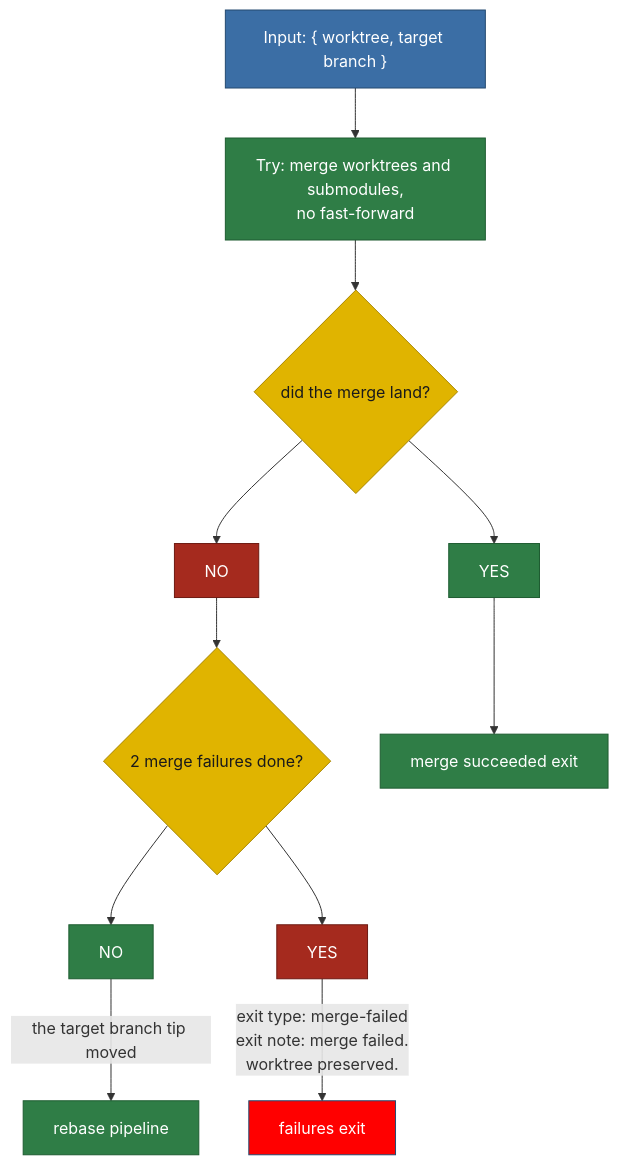
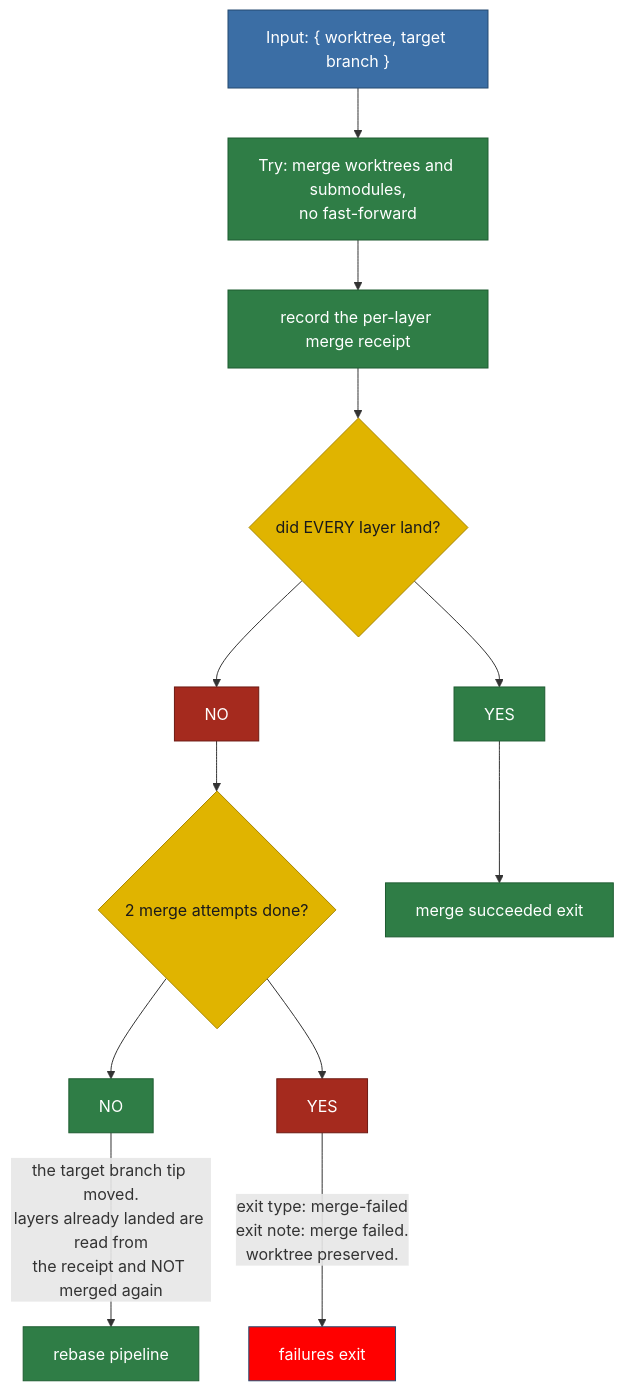
One commit to matkatmusic/taskTools changed the diagram in plans/diagram/pipeline-merge.mmd. Above: the diagram before and after it, drawn with Mermaid. The commit also changed 9 other files, not shown here.

Commit message:
updated pipeline diagrams after codex review #1

```diff
--- a/plans/diagram/pipeline-merge.mmd
+++ b/plans/diagram/pipeline-merge.mmd
@@ -1,61 +1,74 @@
 flowchart TB
 %% MERGE PIPELINE. Split from pipeline-rebaseMerge.mmd.
 %% Input: a green, rebased worktree from the full suite pipeline, with the source
 %% repo lock already held by the rebase preamble pipeline.
 %% One job: land the task's work on the target branch.
 %% Starts at "merge worktrees and submodules". Ends with a merge receipt, or with
 %% an exit.
 %% Rules that apply everywhere, not steps:
 %%   1. Every git interaction goes through a script. Never prose.
 %%   2. Never fast-forward. Every task branch lands as a merge commit.
 %%   3. The merge operates on every repository layer, deepest submodule first,
 %%      root last.
+%%   3a. A multi-repo merge is NOT one yes-or-no event. A submodule merge can land
+%%      and the root merge then fail. That is partial publication, not "the merge
+%%      did not land": some of the task's work is already on a target branch and
+%%      cannot be un-published. So the merge writes a per-layer receipt BEFORE the
+%%      verdict is read - one entry per layer, keyed by occurrence id, each with its
+%%      own status (merged, root-merged-but-not-closed, submodule-conflicted,
+%%      parent-conflicted, merge-record-missing) and its own commit hash. See
+%%      mergeTaskWorktree.ts and MergeTaskWalkReport.
+%%   3b. The retry reconciles against that receipt: a layer already recorded as
+%%      merged is skipped, never merged twice. This also covers a merge whose result
+%%      is lost, per the reconciliation rule - read the receipt and the world first,
+%%      never blindly retry.
 %%   4. The source repo lock is already held and stays held until the exit
 %%      workflow releases it. Every box here refreshes its heartbeat.
 %%   5. A merge retry re-enters the rebase pipeline, not the rebase preamble
 %%      pipeline: re-acquiring the same owner token is a no-op, and the retry
 %%      exists because the target branch tip moved.
 %%   6. A script that fails operationally, as opposed to returning a verdict,
 %%      exits the run as run-failed. The task is already active and a worktree
 %%      already exists here, so the exit workflow always runs in full.
 %% Exit types this pipeline can produce:
 %%   merge-failed       - the merge did not land twice
 %%   run-failed         - a script failed operationally
 %% run-failed is deliberately not drawn as an edge out of every box. It can leave
 %% ANY green box, so drawing it would add one edge per box and hide the flow.
 %% The merge-failed exit leaves the worktree in place. The work is committed, so
 %% the next invocation of this task picks it up.
 %% The merge receipt this pipeline emits - the merge commit hashes and the set of
 %% modified files - is the input to the exit workflow's success tail.
 
   GREEN_WORKTREE_INPUT["Input: { worktree, target branch }"] --> MERGE_WORKTREES
-  MERGE_WORKTREES["Try: merge worktrees and submodules,<br/>no fast-forward"] --> DID_MERGE_LAND{"did the merge land?"}
-  DID_MERGE_LAND --> DID_MERGE_LAND_YES["YES"]
-  DID_MERGE_LAND --> DID_MERGE_LAND_NO["NO"]
+  MERGE_WORKTREES["Try: merge worktrees and submodules,<br/>no fast-forward"] --> RECORD_LAYER_RECEIPTS["record the per-layer merge receipt"]
+  RECORD_LAYER_RECEIPTS --> DID_EVERY_LAYER_LAND{"did EVERY layer land?"}
+  DID_EVERY_LAYER_LAND --> DID_MERGE_LAND_YES["YES"]
+  DID_EVERY_LAYER_LAND --> DID_MERGE_LAND_NO["NO"]
 
-  DID_MERGE_LAND_NO --> ARE_2_MERGE_FAILURES_DONE{"2 merge failures done?"}
+  DID_MERGE_LAND_NO --> ARE_2_MERGE_FAILURES_DONE{"2 merge attempts done?"}
   ARE_2_MERGE_FAILURES_DONE --> ARE_2_MERGE_FAILURES_DONE_NO["NO"]
   ARE_2_MERGE_FAILURES_DONE --> ARE_2_MERGE_FAILURES_DONE_YES["YES"]
-  ARE_2_MERGE_FAILURES_DONE_NO -- "the target branch tip moved" --> REBASE_PIPELINE["rebase pipeline"]
+  ARE_2_MERGE_FAILURES_DONE_NO -- "the target branch tip moved.<br/>layers already landed are read from<br/>the receipt and NOT merged again" --> REBASE_PIPELINE["rebase pipeline"]
   ARE_2_MERGE_FAILURES_DONE_YES -- "exit type: merge-failed<br/>exit note: merge failed.<br/>worktree preserved." --> EXIT_WORKFLOW
 
   DID_MERGE_LAND_YES --> EXIT_WORKFLOW_SUCCESS["merge succeeded exit"]
 
   EXIT_WORKFLOW["failures exit"]
 
   %% pass/nopass: green is the branch that keeps heading for the next pipeline,
   %% red is the branch that retries or ends in the exit workflow.
   classDef pipeline fill:#2f7d46,stroke:#1e5c31,color:#ffffff
   classDef script fill:#2f7d46,stroke:#1e5c31,color:#ffffff
   classDef decision fill:#e0b400,stroke:#a88600,color:#1a1a1a
   classDef output fill:#3b6ea5,stroke:#254a70,color:#ffffff
   classDef fail fill:red,stroke:#254a70,color:#ffffff
   classDef pass fill:#2f7d46,stroke:#1e5c31,color:#ffffff
   classDef nopass fill:#a52a1e,stroke:#6d1a12,color:#ffffff
-  class DID_MERGE_LAND,ARE_2_MERGE_FAILURES_DONE decision
-  class MERGE_WORKTREES script
+  class DID_EVERY_LAYER_LAND,ARE_2_MERGE_FAILURES_DONE decision
+  class MERGE_WORKTREES,RECORD_LAYER_RECEIPTS script
   class REBASE_PIPELINE,EXIT_WORKFLOW_SUCCESS pipeline
   class DID_MERGE_LAND_YES,ARE_2_MERGE_FAILURES_DONE_NO pass
   class DID_MERGE_LAND_NO,ARE_2_MERGE_FAILURES_DONE_YES nopass
   class EXIT_WORKFLOW fail
   class GREEN_WORKTREE_INPUT output
```
